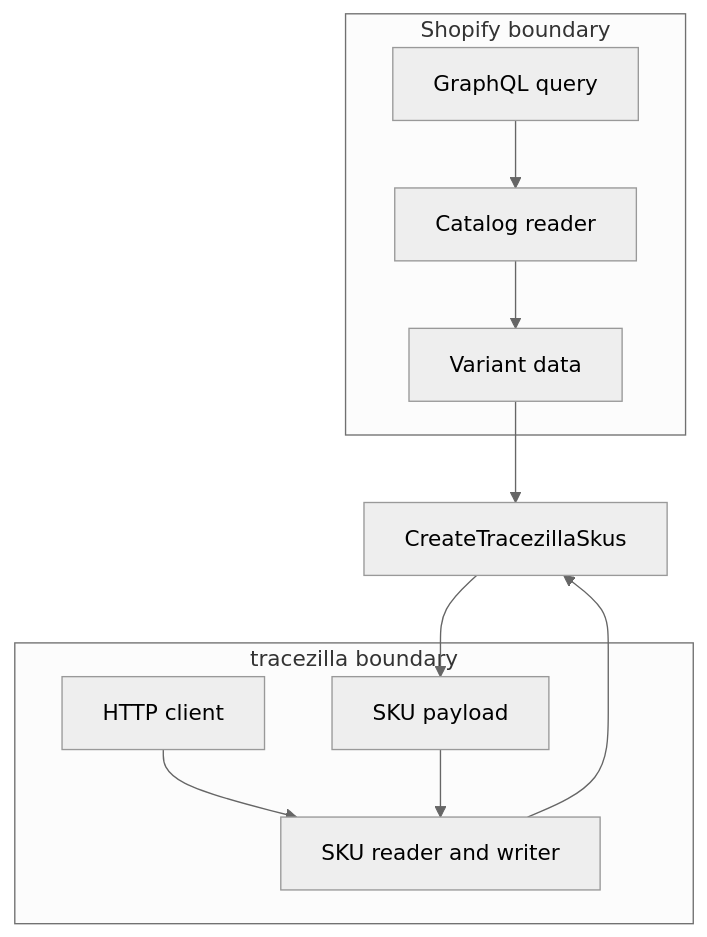
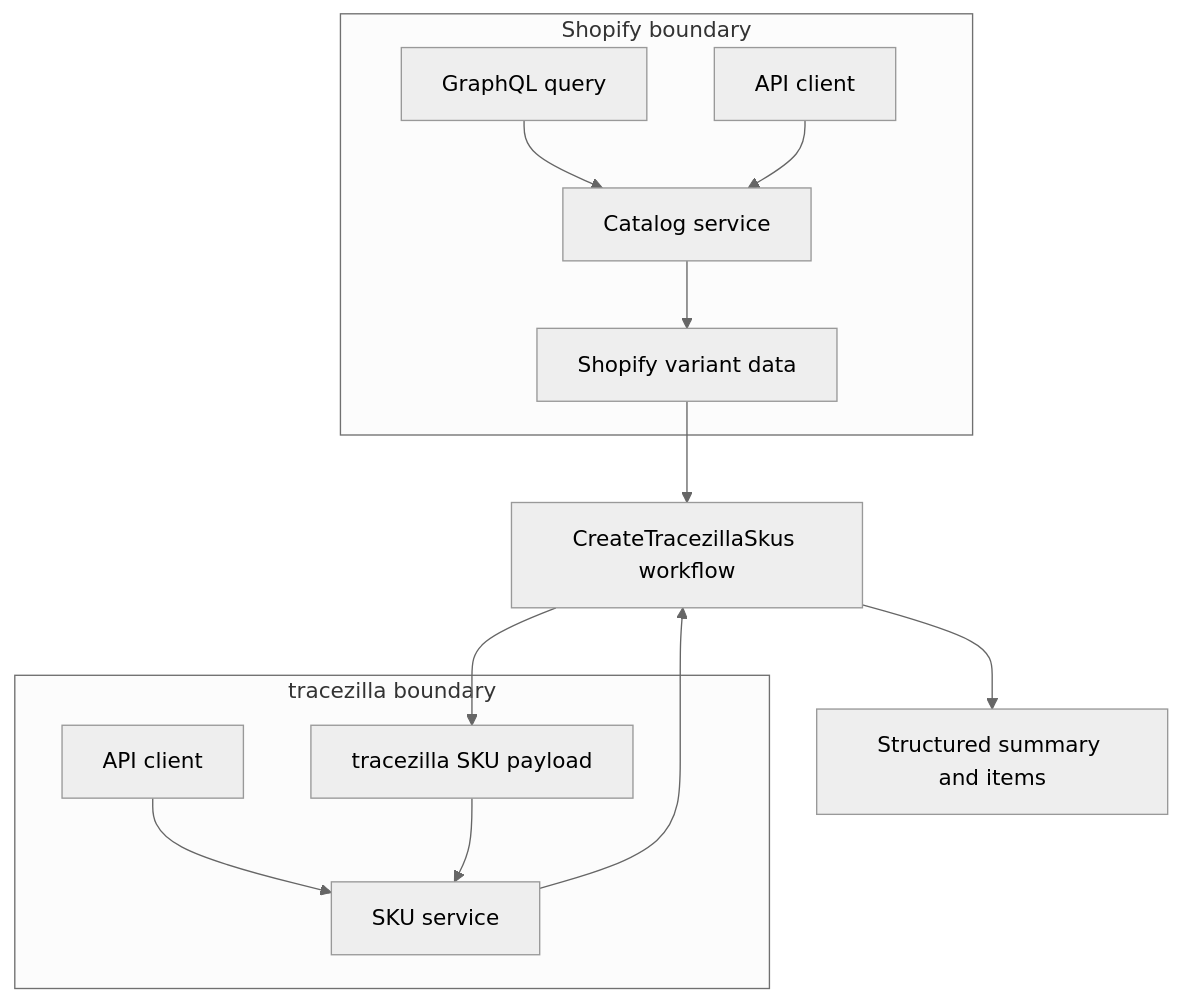
One commit to Happy-Bananas/tracezilla-integrations-docs changed the diagram in shopify/java/create-tracezilla-skus.md. Above: the diagram before and after it, drawn with Mermaid (neutral theme). The commit also changed other lines of this file and 9 other files, not shown here.

```diff
--- a/shopify/java/create-tracezilla-skus.md
+++ b/shopify/java/create-tracezilla-skus.md
@@ -26,12 +84,16 @@
 <pre class="mermaid">
 flowchart TB
- subgraph Shopify[Shopify boundary]
-  Query[GraphQL query] --> Service[Catalog reader] --> Variant[Variant data]
- end
- subgraph Tracezilla[tracezilla boundary]
-  Client[HTTP client] --> Target[SKU reader and writer]
-  Payload[SKU payload] --> Target
- end
- Variant --> Workflow[CreateTracezillaSkus]
- Target --> Workflow --> Payload
+    subgraph Shopify[Shopify boundary]
+        Query[GraphQL query] --> ShopifyService[Catalog service]
+        ShopifyClient[API client] --> ShopifyService
+        ShopifyService --> Variant[Shopify variant data]
+    end
+    subgraph Tracezilla[tracezilla boundary]
+        TracezillaClient[API client] --> TracezillaService[SKU service]
+        Payload[tracezilla SKU payload] --> TracezillaService
+    end
+    Variant --> Workflow[CreateTracezillaSkus workflow]
+    TracezillaService --> Workflow
+    Workflow --> Payload
+    Workflow --> Result[Structured summary and items]
 </pre>
```
